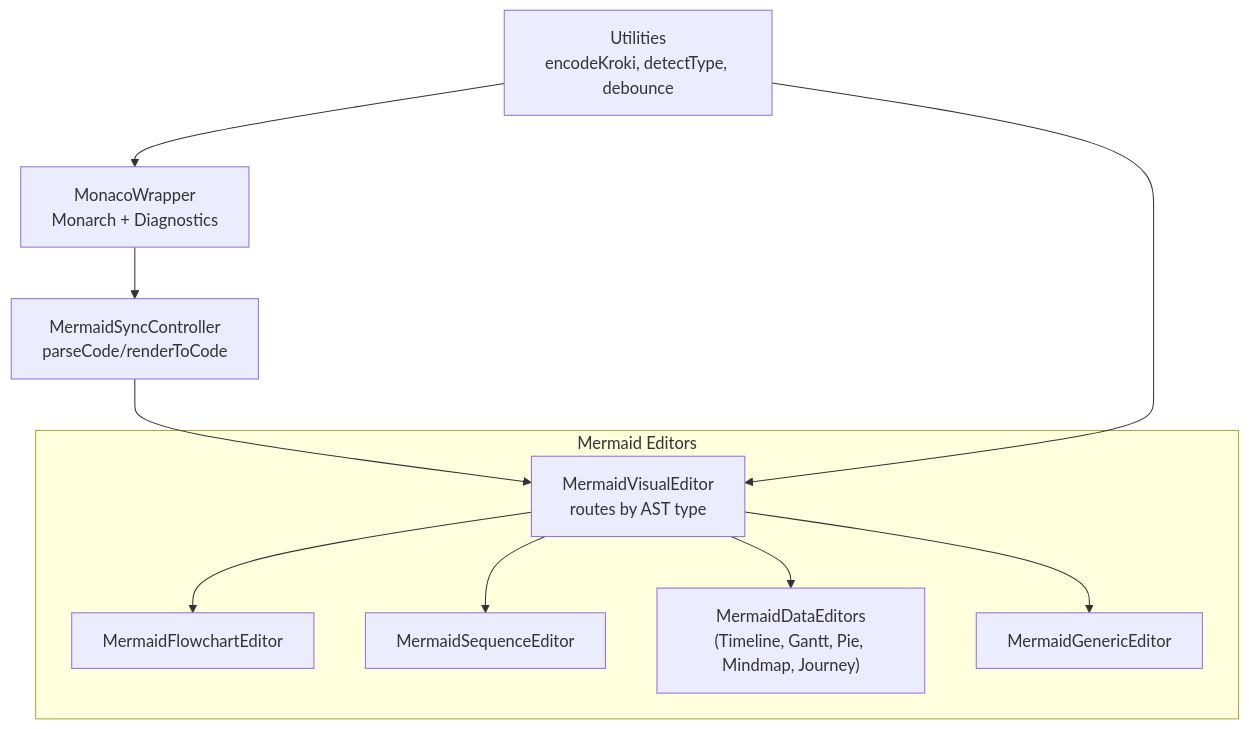
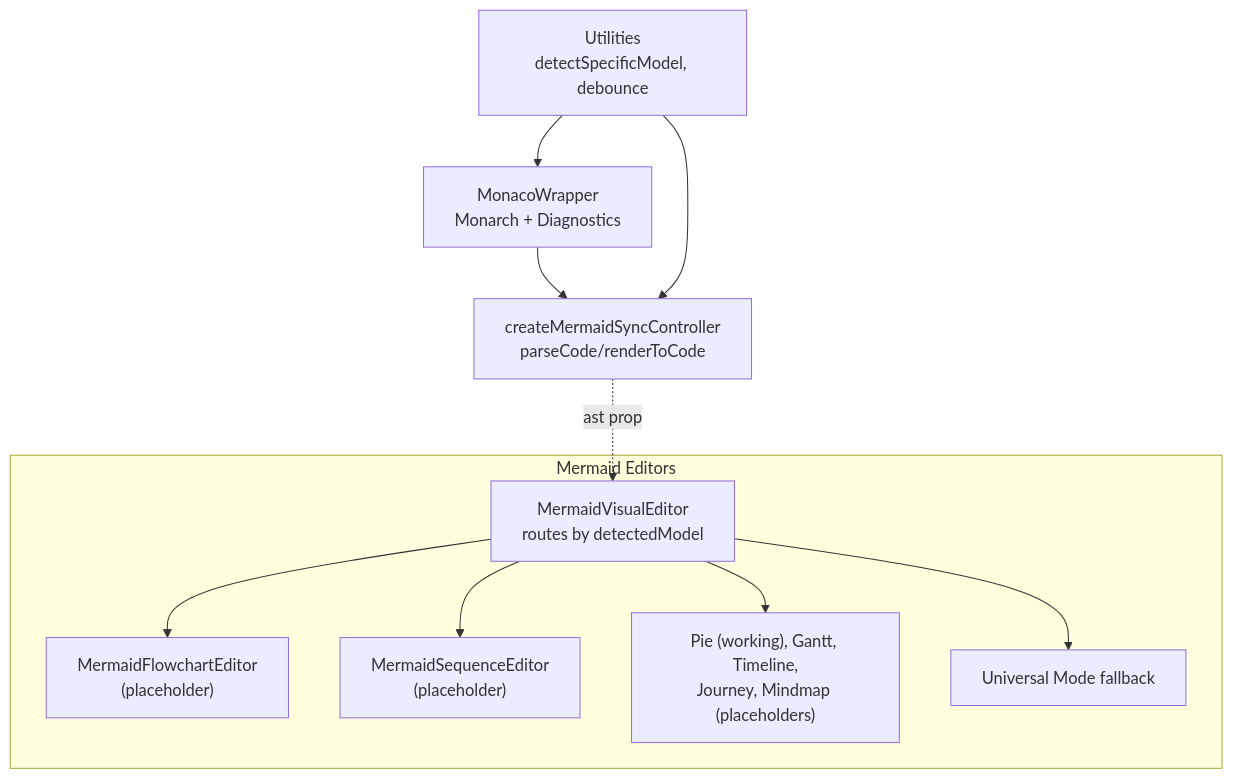
One commit to ongchonghian/universal-diagram-editor changed the first of 4 diagrams in .qoder/repowiki/en/content/Editor Architecture/Visual Editors/Mermaid Visual Editor.md. Above: the diagram before and after it, drawn with Mermaid. The commit also changed other lines of this file and 31 other files, not shown here.

````diff
--- a/.qoder/repowiki/en/content/Editor Architecture/Visual Editors/Mermaid Visual Editor.md
+++ b/.qoder/repowiki/en/content/Editor Architecture/Visual Editors/Mermaid Visual Editor.md
@@ -43,21 +40,21 @@
 ```mermaid
 graph TB
 subgraph "Mermaid Editors"
-Router["MermaidVisualEditor<br/>routes by AST type"]
-Flow["MermaidFlowchartEditor"]
-Seq["MermaidSequenceEditor"]
-Data["MermaidDataEditors<br/>(Timeline, Gantt, Pie, Mindmap, Journey)"]
-Gen["MermaidGenericEditor"]
+Router["MermaidVisualEditor<br/>routes by detectedModel"]
+Flow["MermaidFlowchartEditor<br/>(placeholder)"]
+Seq["MermaidSequenceEditor<br/>(placeholder)"]
+Data["Pie (working), Gantt, Timeline,<br/>Journey, Mindmap (placeholders)"]
+Gen["Universal Mode fallback"]
 end
-Sync["MermaidSyncController<br/>parseCode/renderToCode"]
+Sync["createMermaidSyncController<br/>parseCode/renderToCode"]
 Monaco["MonacoWrapper<br/>Monarch + Diagnostics"]
-Utils["Utilities<br/>encodeKroki, detectType, debounce"]
+Utils["Utilities<br/>detectSpecificModel, debounce"]
 Monaco --> Sync
-Sync --> Router
+Sync -. "ast prop" .-> Router
 Router --> Flow
 Router --> Seq
 Router --> Data
 Router --> Gen
-Utils --> Router
+Utils --> Sync
 Utils --> Monaco
 ```
````
